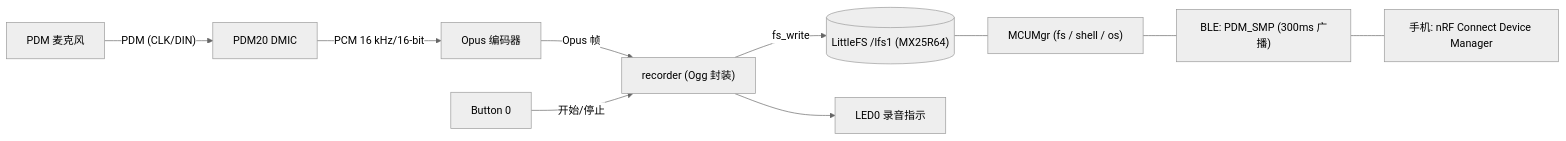
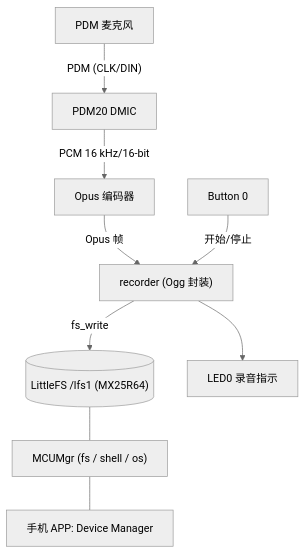
The diagram in README_zh.md (Jayant-Tang/nrf54l_pdm_opus_recorder), drawn with Mermaid (neutral theme) before and after one commit. The commit also changed other lines of this file and 10 other files, not shown here.

````diff
--- a/README_zh.md
+++ b/README_zh.md
@@ -12,12 +14,11 @@
 ```mermaid
-flowchart LR
+flowchart TD
     mic["PDM 麦克风"] -->|"PDM (CLK/DIN)"| pdm["PDM20 DMIC"]
     pdm -->|"PCM 16 kHz/16-bit"| enc["Opus 编码器"]
     enc -->|"Opus 帧"| rec["recorder (Ogg 封装)"]
     rec -->|"fs_write"| lfs[("LittleFS /lfs1 (MX25R64)")]
     btn["Button 0"] -->|"开始/停止"| rec
     rec --> led0["LED0 录音指示"]
     lfs --- smp["MCUMgr (fs / shell / os)"]
-    smp --- ble["BLE: PDM_SMP (300ms 广播)"]
-    ble --- phone["手机: nRF Connect Device Manager"]
+    smp --- phone["手机 APP: Device Manager"]
 ```
````
